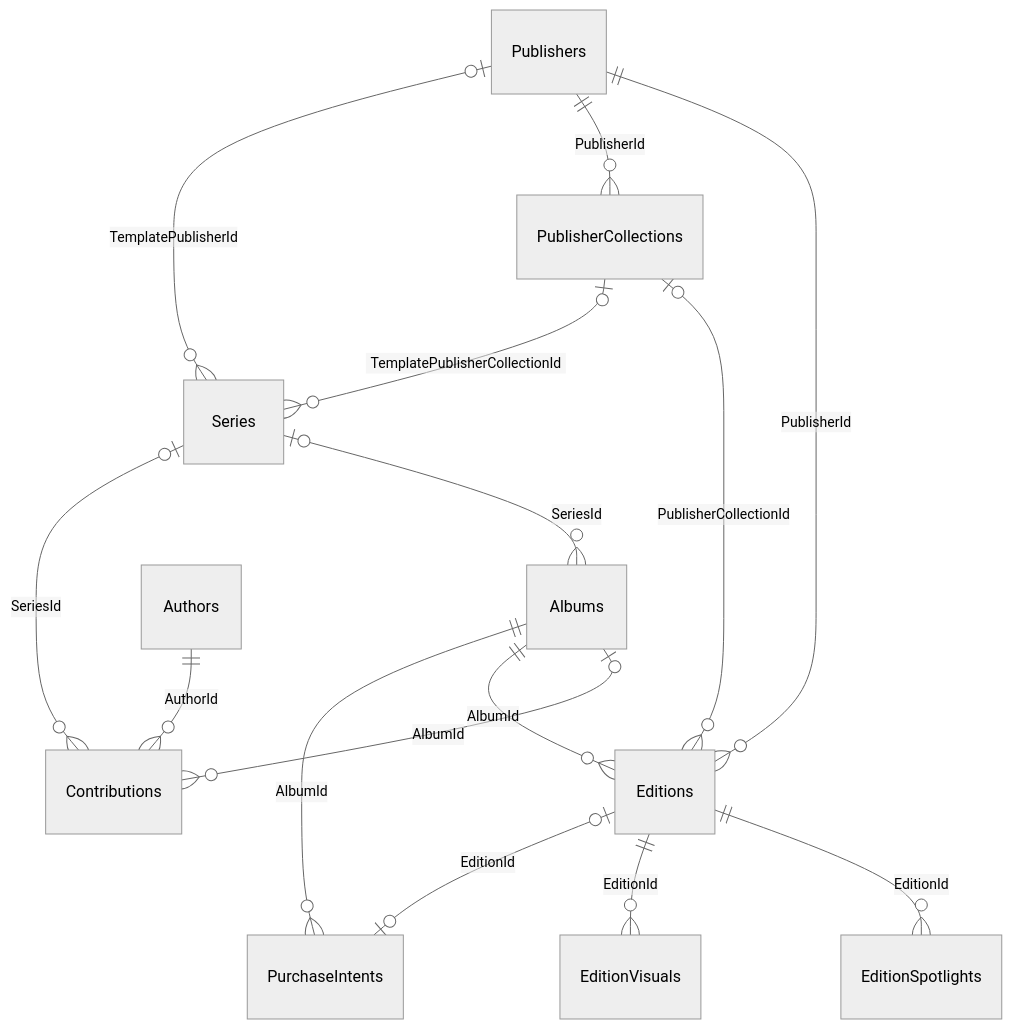
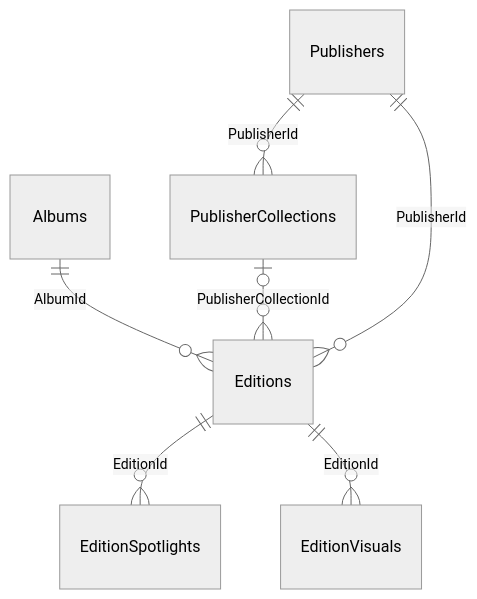
Before and after one commit to Tetram76/bdtheque-claude: the second of 9 diagrams in docs/tech/references/schema-de-la-base.md, drawn with Mermaid (neutral theme). The commit also changed other lines of this file and 4 other files, not shown here.

First line of the commit message:
docs(schema-de-la-base): un schéma des relations par question, sans croisement (#683)

````diff
--- a/docs/tech/references/schema-de-la-base.md
+++ b/docs/tech/references/schema-de-la-base.md
@@ -32,18 +54,21 @@
 ```mermaid
+---
+config:
+  er:
+    nodeSpacing: 60
+    rankSpacing: 60
+---
 erDiagram
-    direction TB
-    Series |o--o{ Albums : "SeriesId"
-    Albums |o--o{ Contributions : "AlbumId"
-    Authors ||--o{ Contributions : "AuthorId"
-    Series |o--o{ Contributions : "SeriesId"
+    Albums
+    Publishers
+    PublisherCollections
+    Editions
+    EditionSpotlights
+    EditionVisuals
     Editions ||--o{ EditionSpotlights : "EditionId"
     Editions ||--o{ EditionVisuals : "EditionId"
     Albums ||--o{ Editions : "AlbumId"
     PublisherCollections |o--o{ Editions : "PublisherCollectionId"
     Publishers ||--o{ Editions : "PublisherId"
     Publishers ||--o{ PublisherCollections : "PublisherId"
-    Albums ||--o{ PurchaseIntents : "AlbumId"
-    Editions |o--o| PurchaseIntents : "EditionId"
-    PublisherCollections |o--o{ Series : "TemplatePublisherCollectionId"
-    Publishers |o--o{ Series : "TemplatePublisherId"
 ```
````
